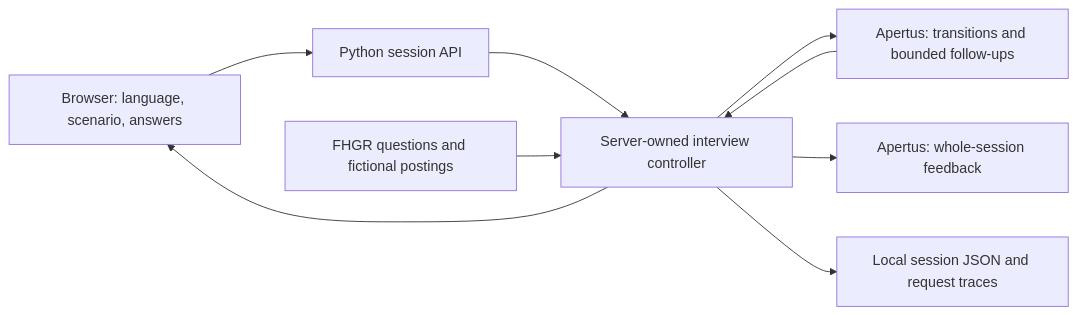
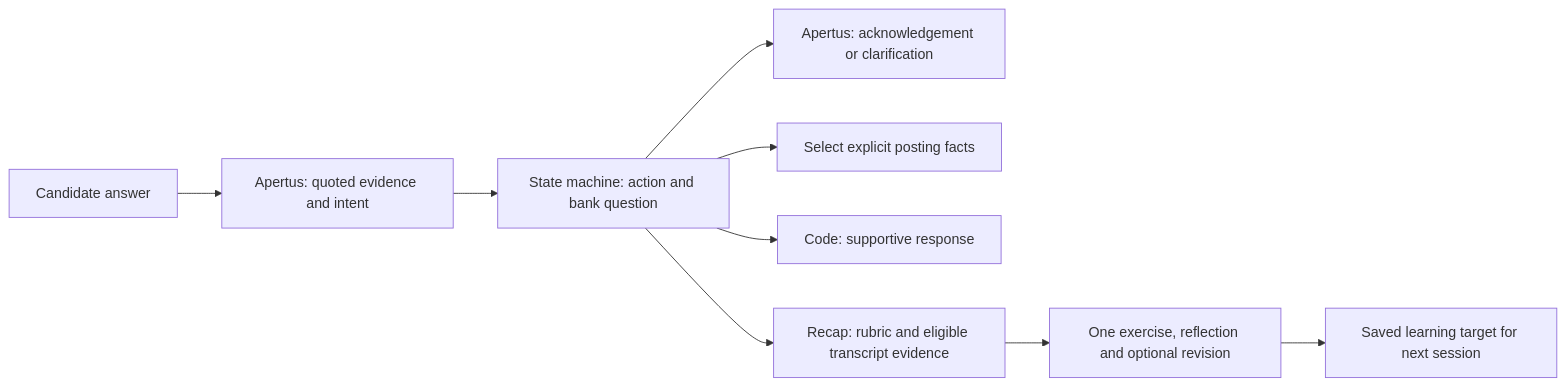
Before and after one commit to aliskin/apertus-interview-coach: the diagram in README.md, drawn with Mermaid. The commit also changed other lines of this file and 3 other files, not shown here.

Commit message:
Document hybrid architecture and German replay findings

````diff
--- a/README.md
+++ b/README.md
@@ -47,11 +48,11 @@
 ```mermaid
 flowchart LR
-    Browser[Browser: language, scenario, answers] --> API[Python session API]
-    API --> Controller[Server-owned interview controller]
-    Resources[FHGR questions and fictional postings] --> Controller
-    Controller --> Interviewer[Apertus: transitions and bounded follow-ups]
-    Interviewer --> Controller
-    Controller --> Recap[Apertus: whole-session feedback]
-    Controller --> Storage[Local session JSON and request traces]
-    Controller --> Browser
+    Answer[Candidate answer] --> Analysis[Apertus: quoted evidence and intent]
+    Analysis --> Controller[State machine: action and bank question]
+    Controller --> Interviewer[Apertus: acknowledgement or clarification]
+    Controller --> Company[Select explicit posting facts]
+    Controller --> Support[Code: supportive response]
+    Controller --> Evaluator[Recap: rubric and eligible transcript evidence]
+    Evaluator --> Learning[One exercise, reflection and optional revision]
+    Learning --> History[Saved learning target for next session]
 ```
````
